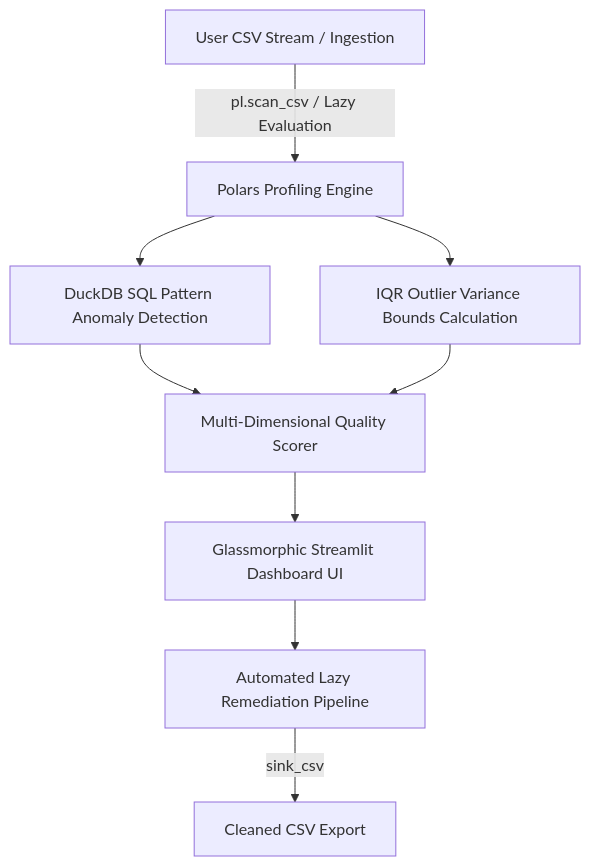
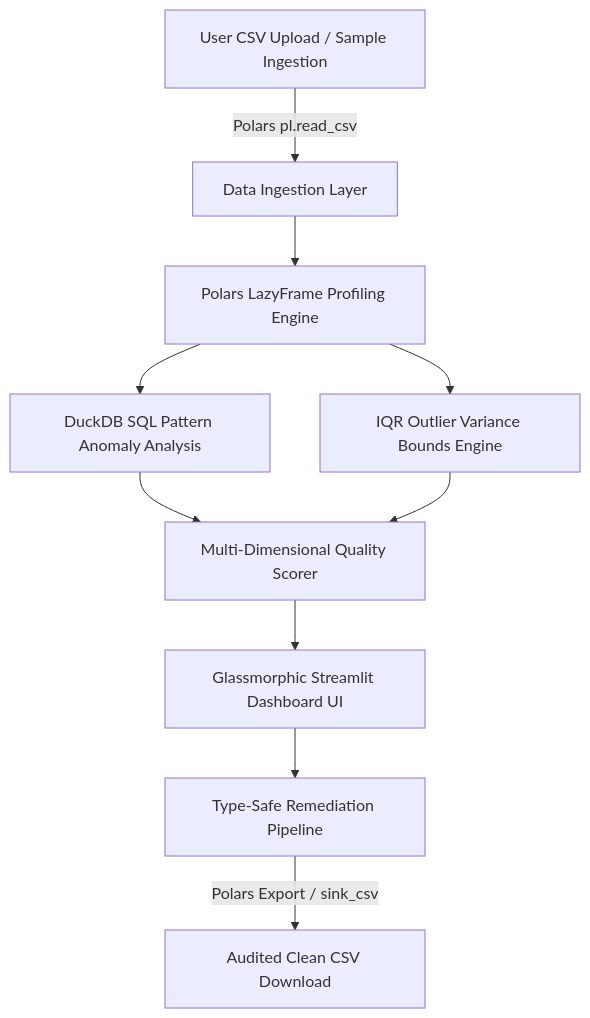
One commit to Ali-datasmith/Data-Quality-Auditor changed the diagram in README.md. Above: the diagram before and after it, drawn with Mermaid. The commit also changed other lines of this file and 6 other files, not shown here.

````diff
--- a/README.md
+++ b/README.md
@@ -32,11 +26,12 @@
 ```mermaid
 graph TD
-    A[User CSV Stream / Ingestion] -->|pl.scan_csv / Lazy Evaluation| B[Polars Profiling Engine]
-    B --> C[DuckDB SQL Pattern Anomaly Detection]
-    B --> D[IQR Outlier Variance Bounds Calculation]
-    C --> E[Multi-Dimensional Quality Scorer]
-    D --> E
-    E --> F[Glassmorphic Streamlit Dashboard UI]
-    F --> G[Automated Lazy Remediation Pipeline]
-    G -->|sink_csv| H[Cleaned CSV Export]
+    A[User CSV Upload / Sample Ingestion] -->|Polars pl.read_csv| B[Data Ingestion Layer]
+    B --> C[Polars LazyFrame Profiling Engine]
+    C --> D[DuckDB SQL Pattern Anomaly Analysis]
+    C --> E[IQR Outlier Variance Bounds Engine]
+    D --> F[Multi-Dimensional Quality Scorer]
+    E --> F
+    F --> G[Glassmorphic Streamlit Dashboard UI]
+    G --> H[Type-Safe Remediation Pipeline]
+    H -->|Polars Export / sink_csv| I[Audited Clean CSV Download]
 ```
````
